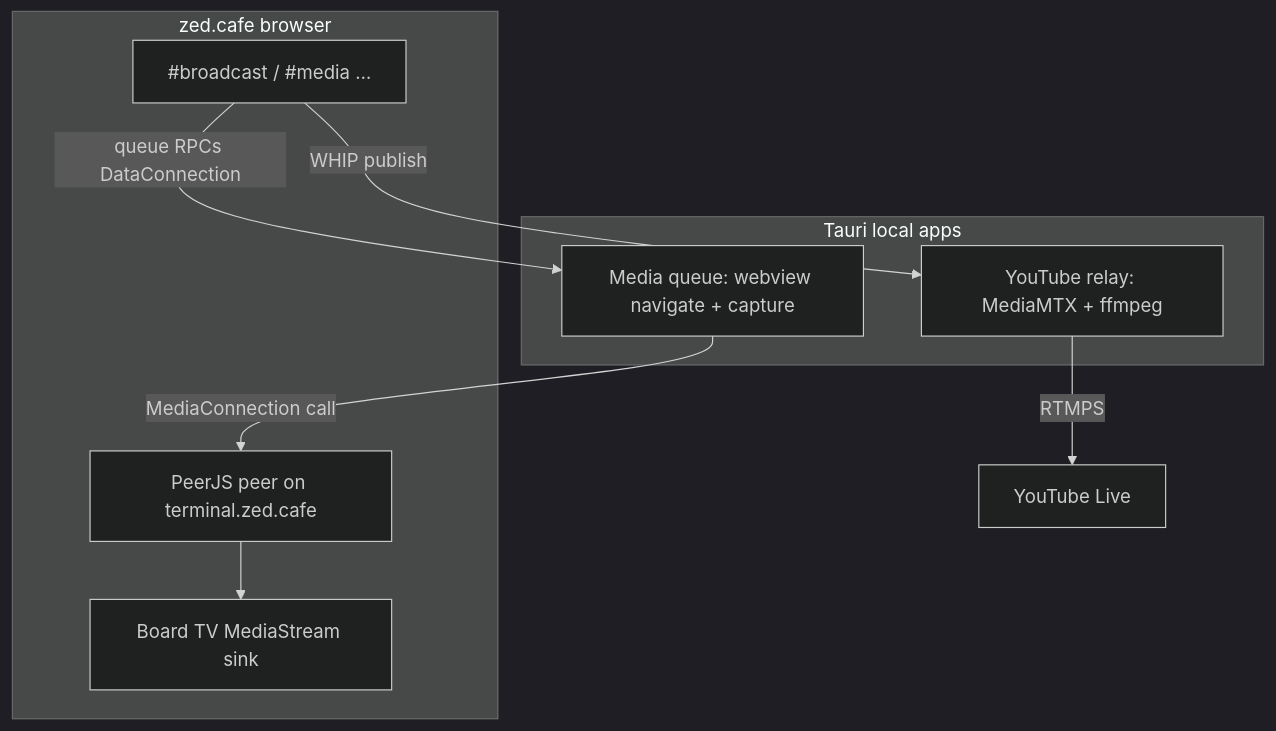
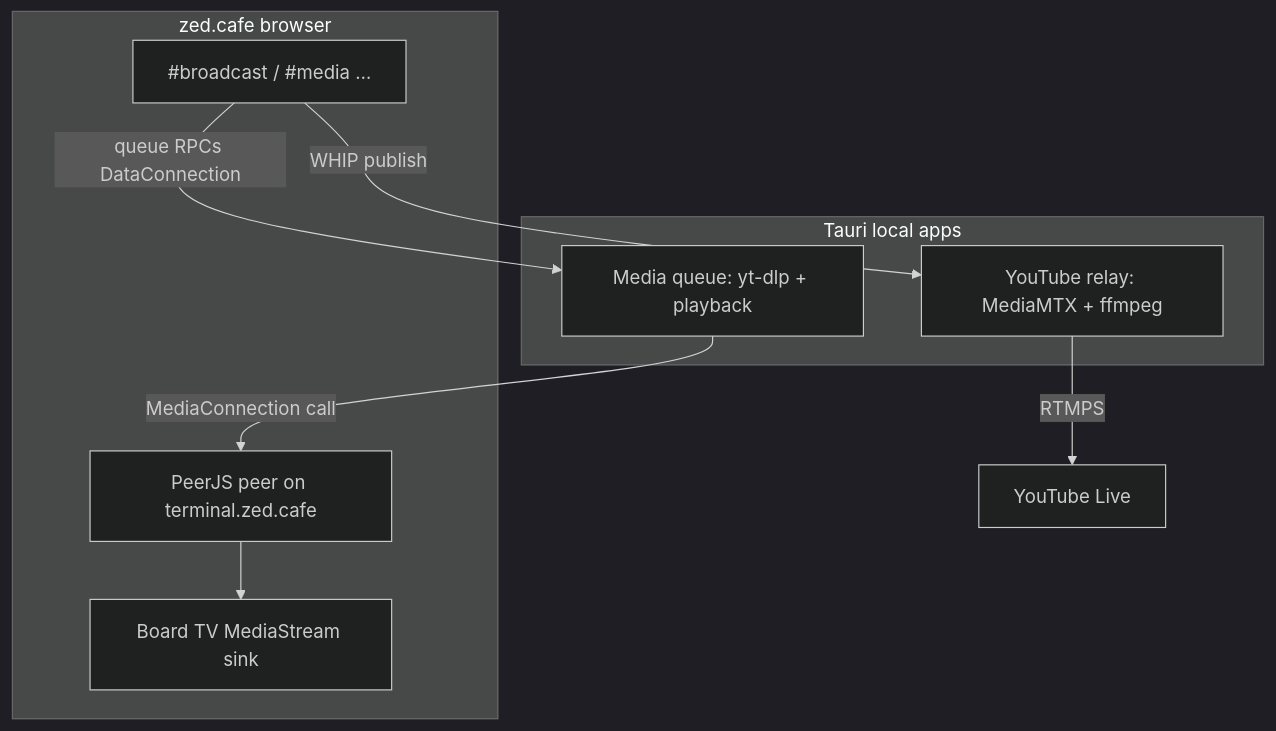
One commit to goldbuick/zed-software-system changed the diagram in ops/docs/local-media-helpers-tauri.mdx. Above: the diagram before and after it, drawn with Mermaid (dark theme). The commit also changed other lines of this file and 51 other files, not shown here.

````diff
--- a/ops/docs/local-media-helpers-tauri.mdx
+++ b/ops/docs/local-media-helpers-tauri.mdx
@@ -18,19 +18,19 @@
 ```mermaid
 flowchart TB
   subgraph cafe [zed.cafe browser]
     CLI["#broadcast / #media …"]
     Peer["PeerJS peer on terminal.zed.cafe"]
     TV["Board TV MediaStream sink"]
   end
 
   subgraph helpers [Tauri local apps]
     YT["YouTube relay: MediaMTX + ffmpeg"]
-    MQ["Media queue: webview navigate + capture"]
+    MQ["Media queue: yt-dlp + playback"]
   end
 
   CLI -->|WHIP publish| YT
   YT -->|RTMPS| YouTube[YouTube Live]
   CLI -->|queue RPCs DataConnection| MQ
   MQ -->|MediaConnection call| Peer
   Peer --> TV
 ```
````
